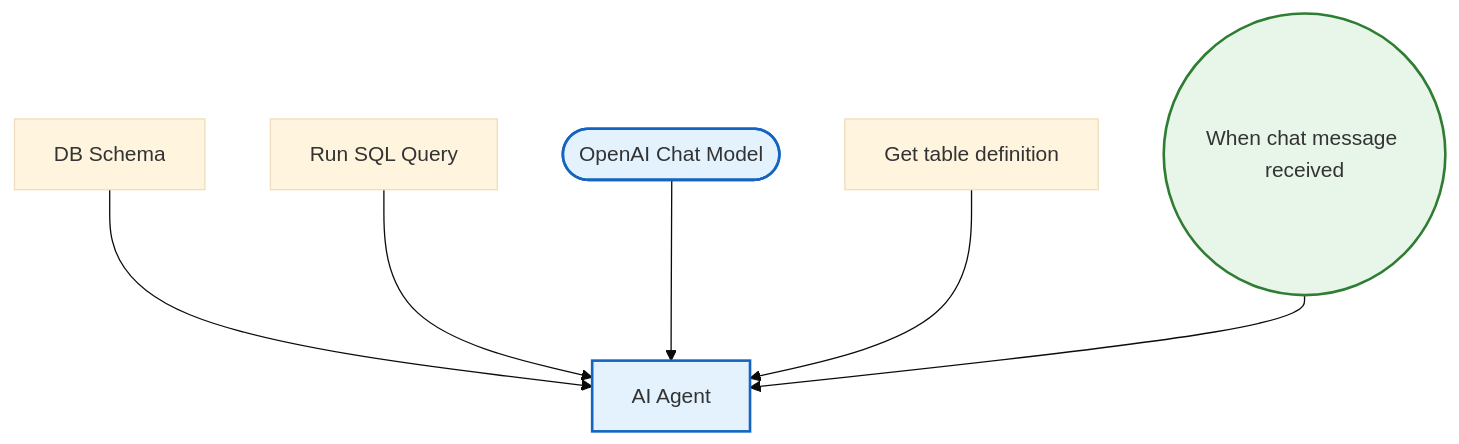
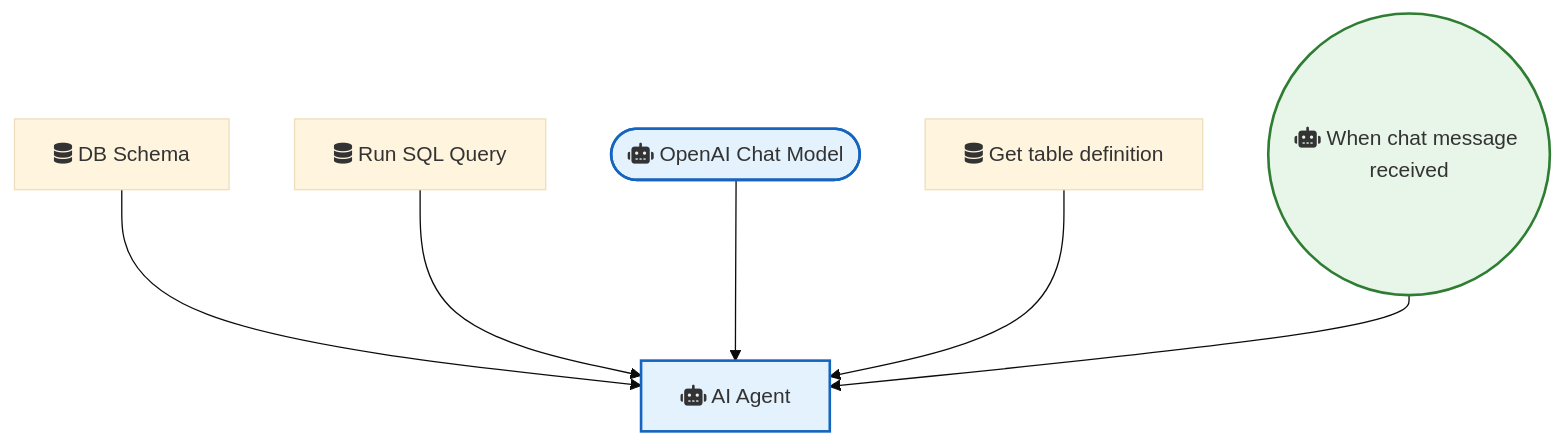
Before and after one commit to sreyash3105/N8N-DEMO-AUTOMATIONS: the diagram in OpenAI_and_LLMs/Ai Agent to Chat with Supabase Postgresql Db.md, drawn with Mermaid (base theme). The commit also changed 291 other files, not shown here.

````diff
--- a/OpenAI_and_LLMs/Ai Agent to Chat with Supabase Postgresql Db.md
+++ b/OpenAI_and_LLMs/Ai Agent to Chat with Supabase Postgresql Db.md
@@ -1,19 +1,19 @@
 ```mermaid
 graph TD
     classDef trigger fill:#e8f5e9,stroke:#2e7d32,stroke-width:2px;
     classDef ai fill:#e3f2fd,stroke:#1565c0,stroke-width:2px;
     classDef logic fill:#fff3e0,stroke:#ef6c00,stroke-width:2px;
 
-    When_chat_message_received(("When chat message received")):::trigger
-    OpenAI_Chat_Model(["OpenAI Chat Model"]):::ai
-    DB_Schema["DB Schema"]
-    Get_table_definition["Get table definition"]
-    AI_Agent["AI Agent"]:::ai
-    Run_SQL_Query["Run SQL Query"]
+    When_chat_message_received(("fas:fa-robot When chat message received")):::trigger
+    OpenAI_Chat_Model(["fas:fa-robot OpenAI Chat Model"]):::ai
+    DB_Schema["fas:fa-database DB Schema"]
+    Get_table_definition["fas:fa-database Get table definition"]
+    AI_Agent["fas:fa-robot AI Agent"]:::ai
+    Run_SQL_Query["fas:fa-database Run SQL Query"]
 
     DB_Schema --> AI_Agent
     Run_SQL_Query --> AI_Agent
     OpenAI_Chat_Model --> AI_Agent
     Get_table_definition --> AI_Agent
     When_chat_message_received --> AI_Agent
 ```
````
